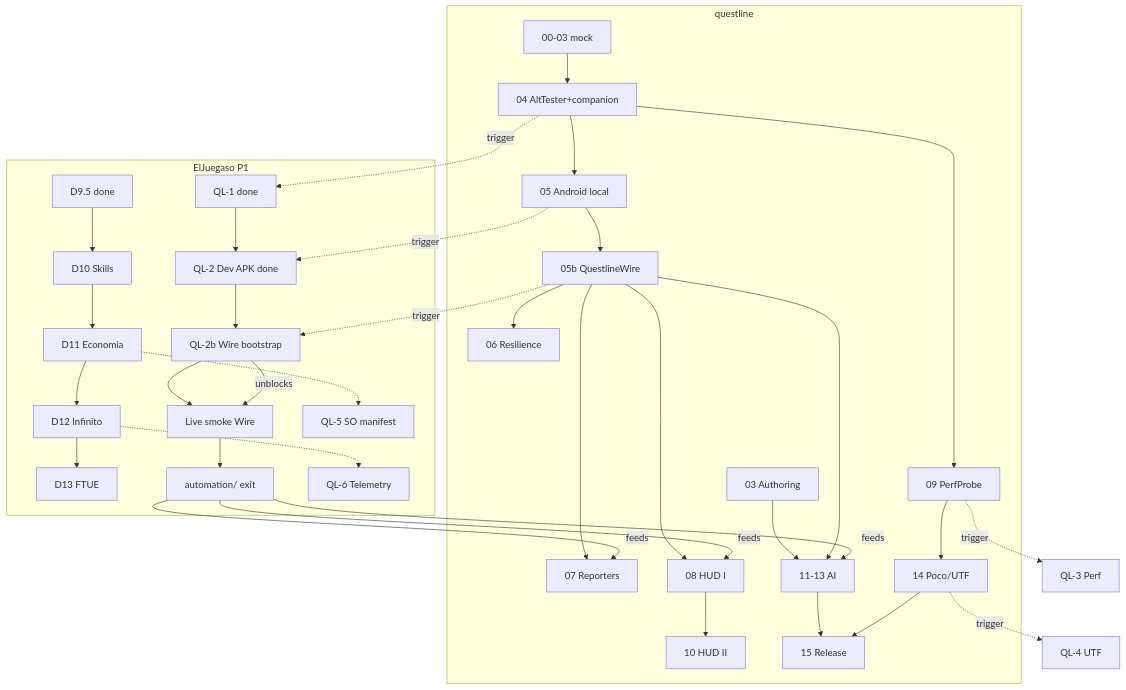
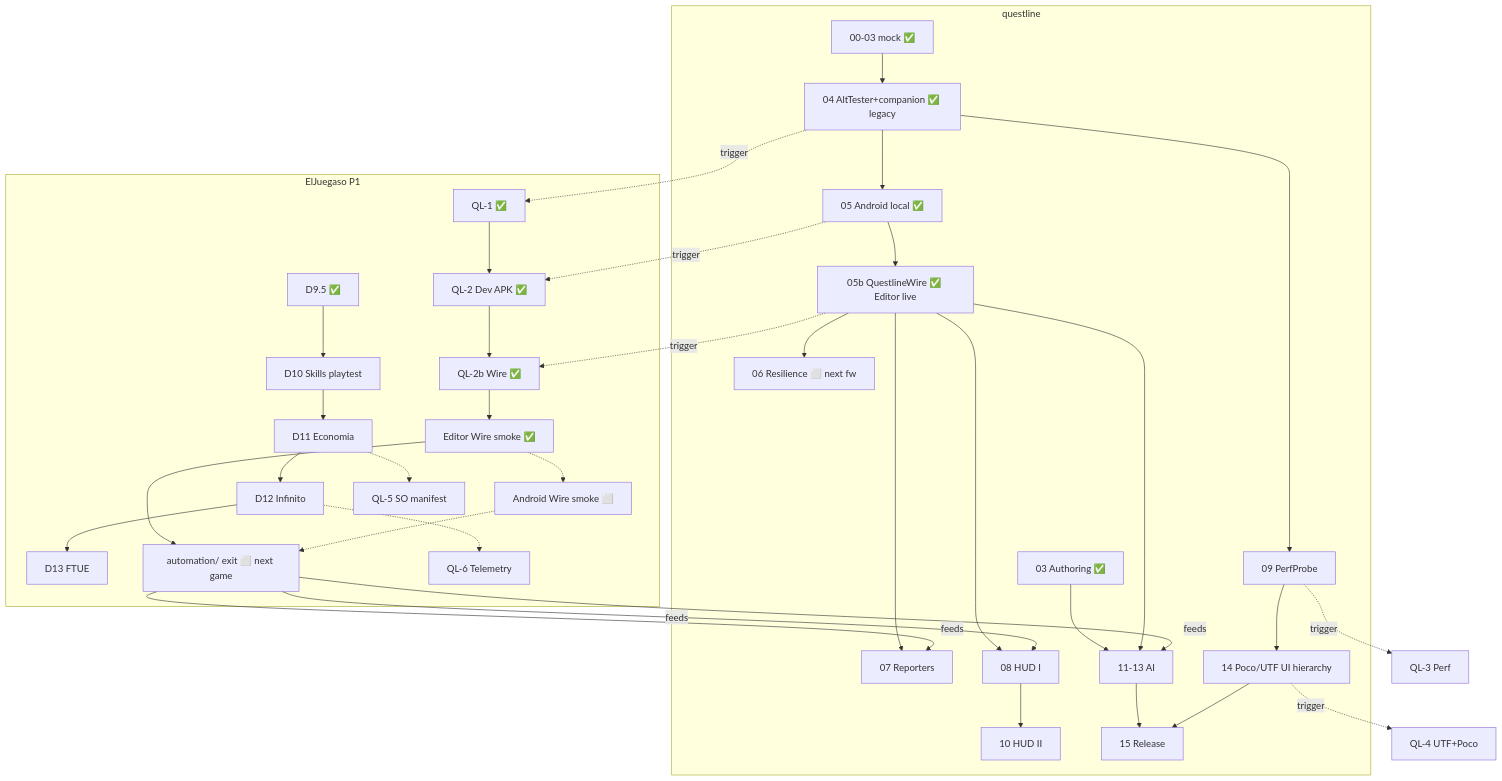
One commit to Knutronko/questline changed the diagram in docs/STATUS-DUAL.md. Above: the diagram before and after it, drawn with Mermaid. The commit also changed other lines of this file and 15 other files, not shown here.

First line of the commit message:
docs: Wire as happy-path live; Poco over AltTester; STATUS mermaid

````diff
--- a/docs/STATUS-DUAL.md
+++ b/docs/STATUS-DUAL.md
@@ -79,41 +96,42 @@
 ```mermaid
 flowchart TB
   subgraph QL[questline]
-    Q0[00-03 mock] --> Q4[04 AltTester+companion]
-    Q4 --> Q5[05 Android local]
-    Q5 --> Q5b[05b QuestlineWire]
-    Q5b --> Q6[06 Resilience]
+    Q0[00-03 mock ✅] --> Q4[04 AltTester+companion ✅ legacy]
+    Q4 --> Q5[05 Android local ✅]
+    Q5 --> Q5b[05b QuestlineWire ✅ Editor live]
+    Q5b --> Q6[06 Resilience ⬜ next fw]
     Q5b --> Q7[07 Reporters]
     Q5b --> Q8[08 HUD I]
     Q4 --> Q9[09 PerfProbe]
     Q8 --> Q10[10 HUD II]
-    Q3[03 Authoring] --> Q11[11-13 AI]
+    Q3[03 Authoring ✅] --> Q11[11-13 AI]
     Q5b --> Q11
-    Q9 --> Q14[14 Poco/UTF]
+    Q9 --> Q14[14 Poco/UTF UI hierarchy]
     Q11 --> Q15[15 Release]
     Q14 --> Q15
   end
 
   subgraph Game[ElJuegaso P1]
-    D95[D9.5 done] --> D10[D10 Skills]
+    D95[D9.5 ✅] --> D10[D10 Skills playtest]
     D10 --> D11[D11 Economia]
     D11 --> D12[D12 Infinito]
     D12 --> D13[D13 FTUE]
-    QL1[QL-1 done] --> QL2[QL-2 Dev APK done]
-    QL2 --> QL2b[QL-2b Wire bootstrap]
-    QL2b --> LiveSmoke[Live smoke Wire]
-    LiveSmoke --> Auto[automation/ exit]
+    QL1[QL-1 ✅] --> QL2[QL-2 Dev APK ✅]
+    QL2 --> QL2b[QL-2b Wire ✅]
+    QL2b --> LiveEd[Editor Wire smoke ✅]
+    LiveEd --> Auto[automation/ exit ⬜ next game]
+    LiveEd -.-> LiveAnd[Android Wire smoke ⬜]
+    LiveAnd -.-> Auto
     D11 -.-> QL5[QL-5 SO manifest]
     D12 -.-> QL6[QL-6 Telemetry]
   end
 
   Q4 -.->|trigger| QL1
   Q5 -.->|trigger| QL2
   Q5b -.->|trigger| QL2b
   Q9 -.->|trigger| QL3[QL-3 Perf]
-  Q14 -.->|trigger| QL4[QL-4 UTF]
-  QL2b -->|unblocks| LiveSmoke
+  Q14 -.->|trigger| QL4[QL-4 UTF+Poco]
   Auto -->|feeds| Q7
   Auto -->|feeds| Q8
   Auto -->|feeds| Q11
 ```
````
